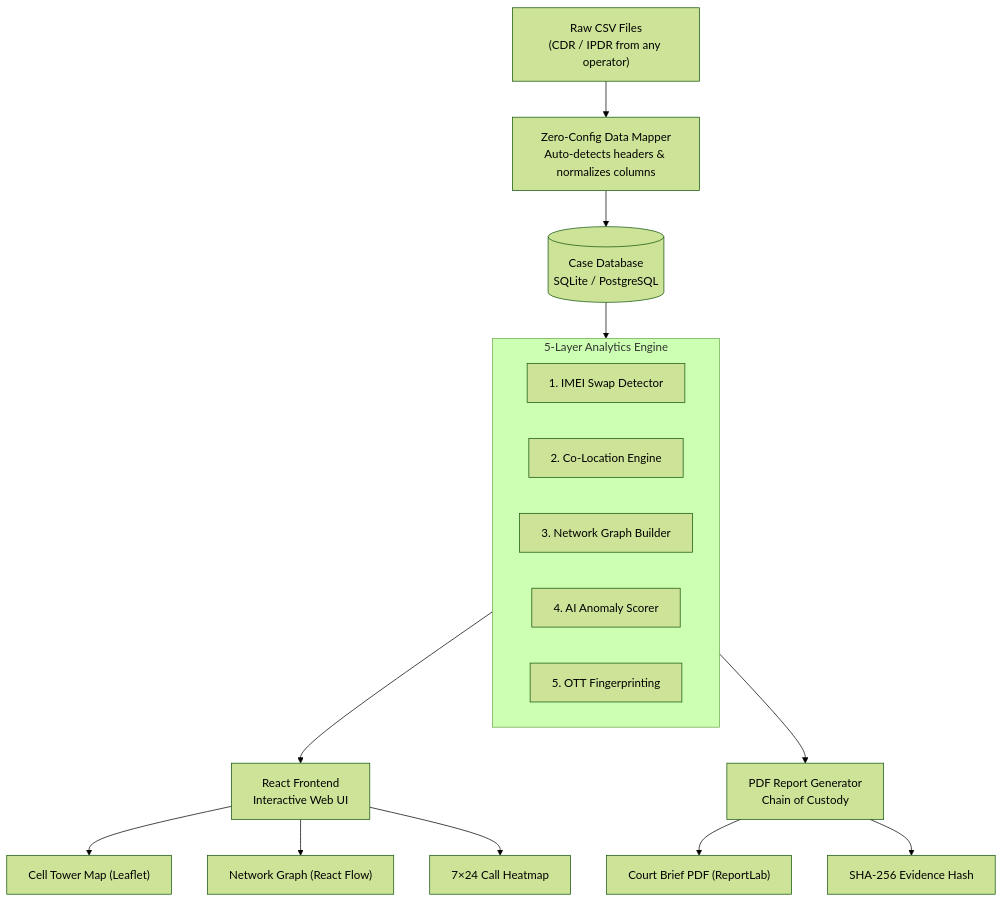
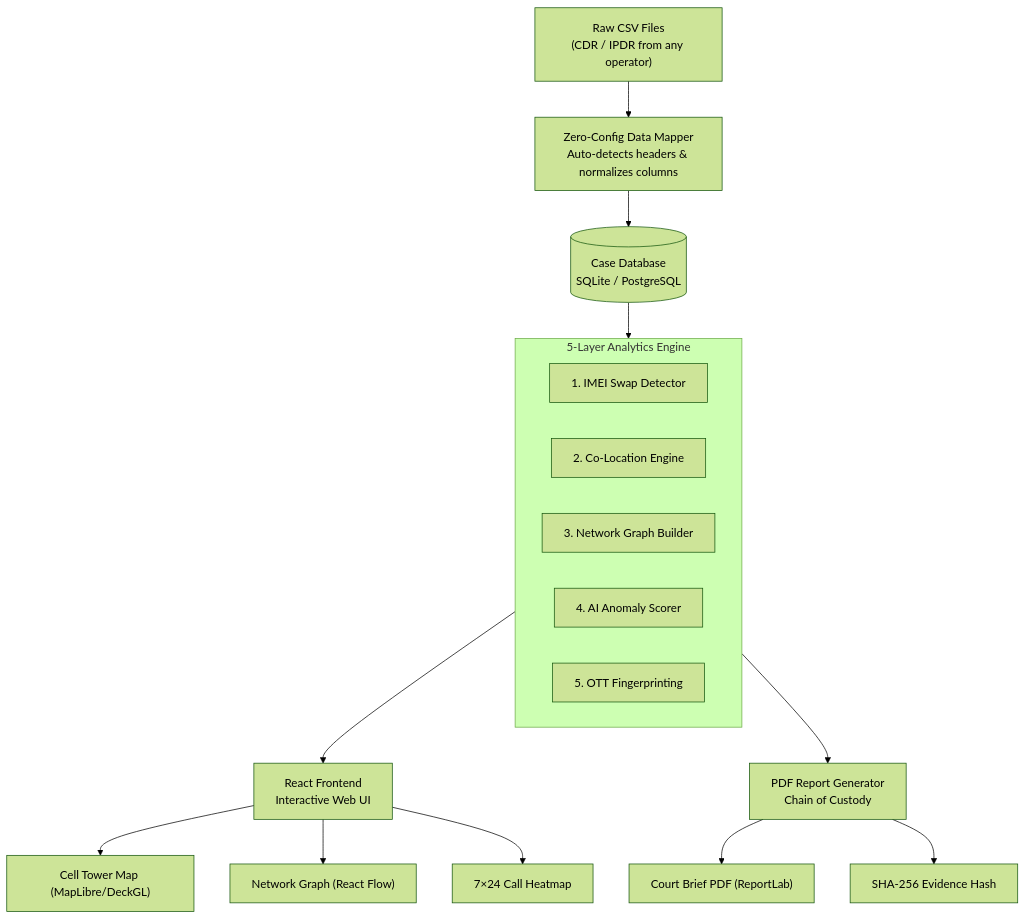
Before and after one commit to hydra-eng/trace: the first of 2 diagrams in README.md, drawn with Mermaid (forest theme). The commit also changed other lines of this file and 9 other files, not shown here.

````diff
--- a/README.md
+++ b/README.md
@@ -114,24 +129,24 @@
 ```mermaid
 graph TD
     A["Raw CSV Files\n(CDR / IPDR from any operator)"] --> B["Zero-Config Data Mapper\nAuto-detects headers & normalizes columns"]
     B --> C[("Case Database\nSQLite / PostgreSQL")]
     C --> D["TRACE Analytics Engine"]
 
     subgraph D ["5-Layer Analytics Engine"]
         D1["1. IMEI Swap Detector"]
         D2["2. Co-Location Engine"]
         D3["3. Network Graph Builder"]
         D4["4. AI Anomaly Scorer"]
         D5["5. OTT Fingerprinting"]
     end
 
     D --> E["React Frontend\nInteractive Web UI"]
     D --> F["PDF Report Generator\nChain of Custody"]
 
-    E --> E1["Cell Tower Map (Leaflet)"]
+    E --> E1["Cell Tower Map (MapLibre/DeckGL)"]
     E --> E2["Network Graph (React Flow)"]
     E --> E3["7×24 Call Heatmap"]
 
     F --> F1["Court Brief PDF (ReportLab)"]
     F --> F2["SHA-256 Evidence Hash"]
 ```
````
